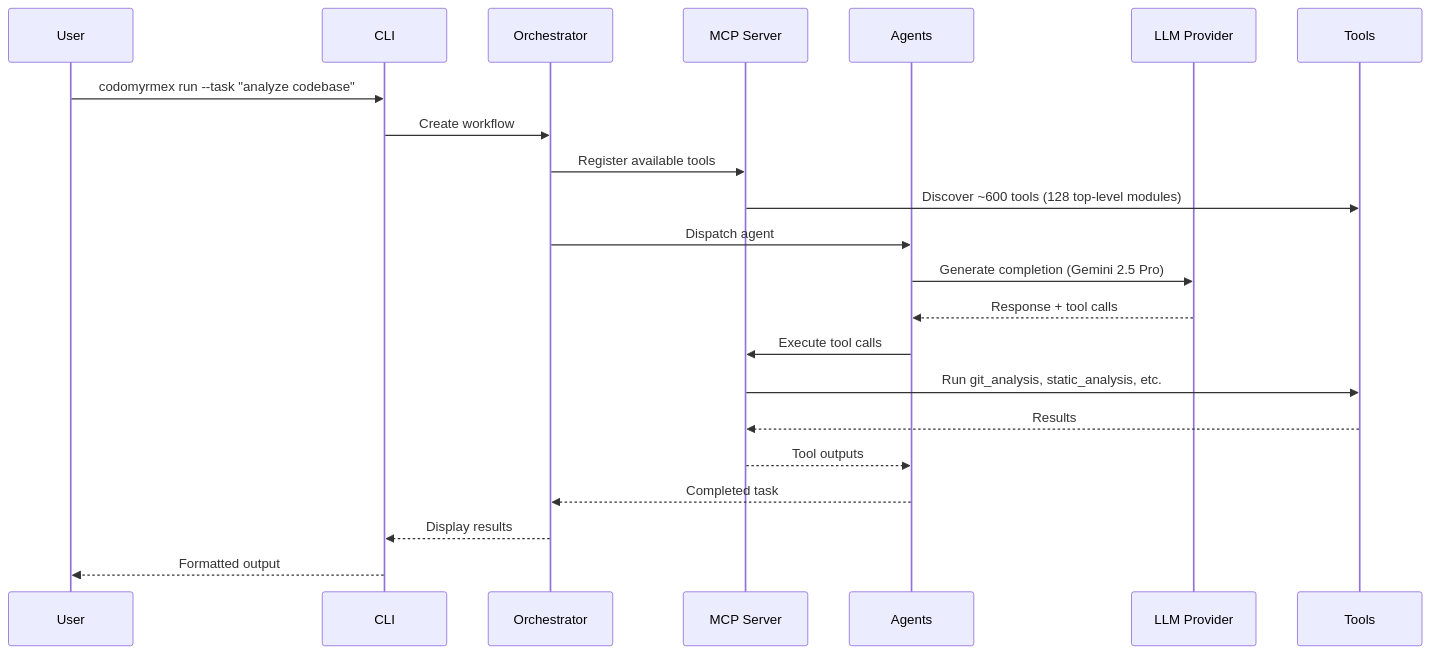
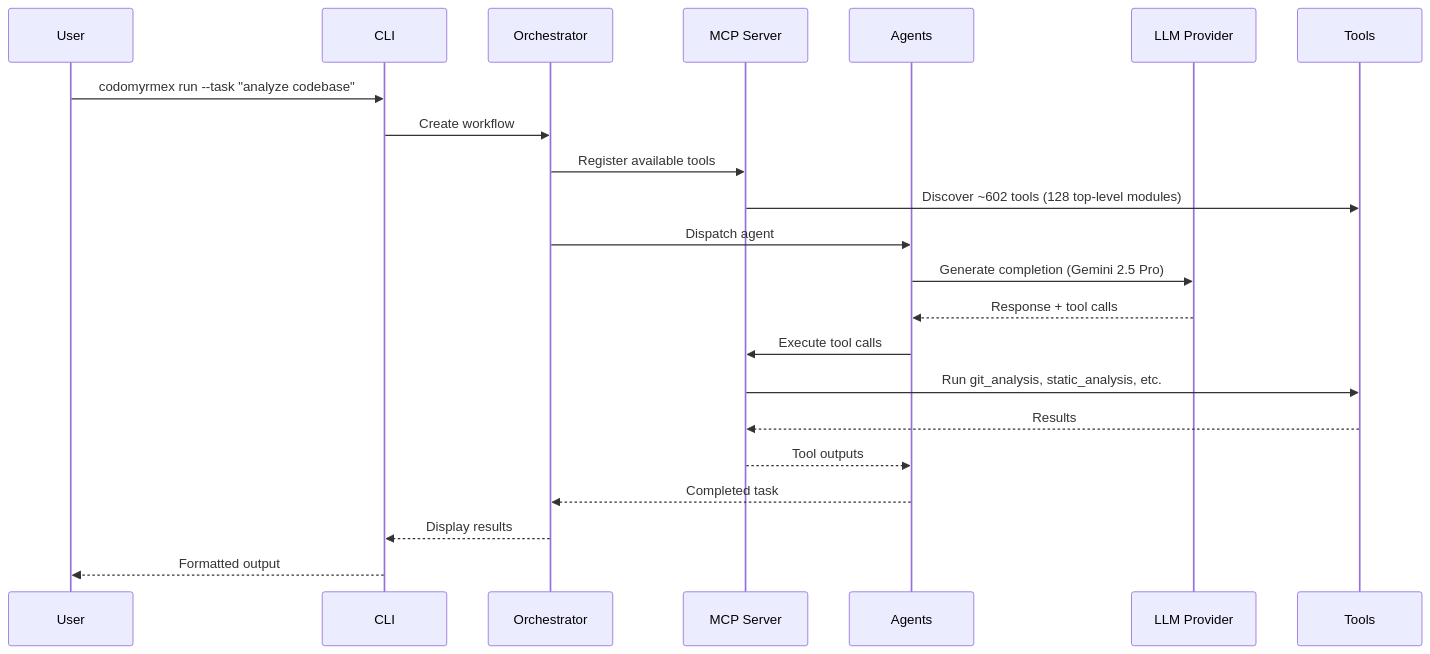
Before and after one commit to docxology/codomyrmex: the third of 7 diagrams in README.md, drawn with Mermaid. The commit also changed other lines of this file and 76 other files, not shown here.

First line of the commit message:
Remove ghost_architecture docs; refresh inventories

````diff
--- a/README.md
+++ b/README.md
@@ -473,25 +473,25 @@
 ```mermaid
 sequenceDiagram
     participant User
     participant CLI
     participant Orchestrator
     participant MCP as MCP Server
     participant Agents
     participant LLM as LLM Provider
     participant Tools
 
     User->>CLI: codomyrmex run --task "analyze codebase"
     CLI->>Orchestrator: Create workflow
     Orchestrator->>MCP: Register available tools
-    MCP->>Tools: Discover ~600 tools (128 top-level modules)
+    MCP->>Tools: Discover ~602 tools (128 top-level modules)
     Orchestrator->>Agents: Dispatch agent
     Agents->>LLM: Generate completion (Gemini 2.5 Pro)
     LLM-->>Agents: Response + tool calls
     Agents->>MCP: Execute tool calls
     MCP->>Tools: Run git_analysis, static_analysis, etc.
     Tools-->>MCP: Results
     MCP-->>Agents: Tool outputs
     Agents-->>Orchestrator: Completed task
     Orchestrator-->>CLI: Display results
     CLI-->>User: Formatted output
 ```
````
